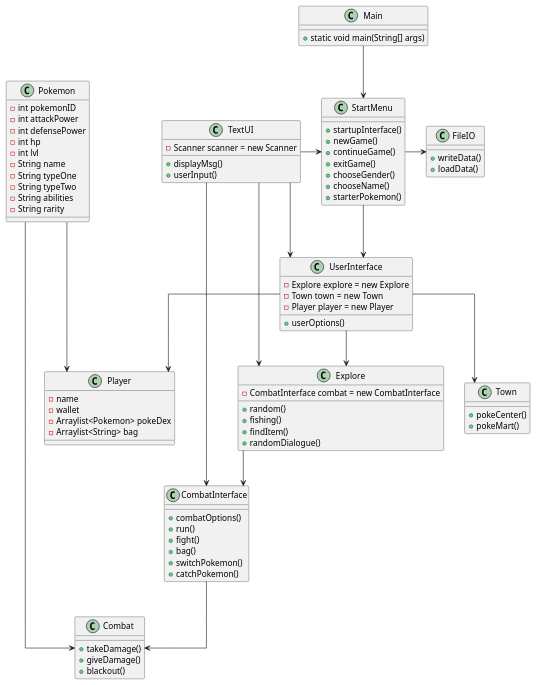
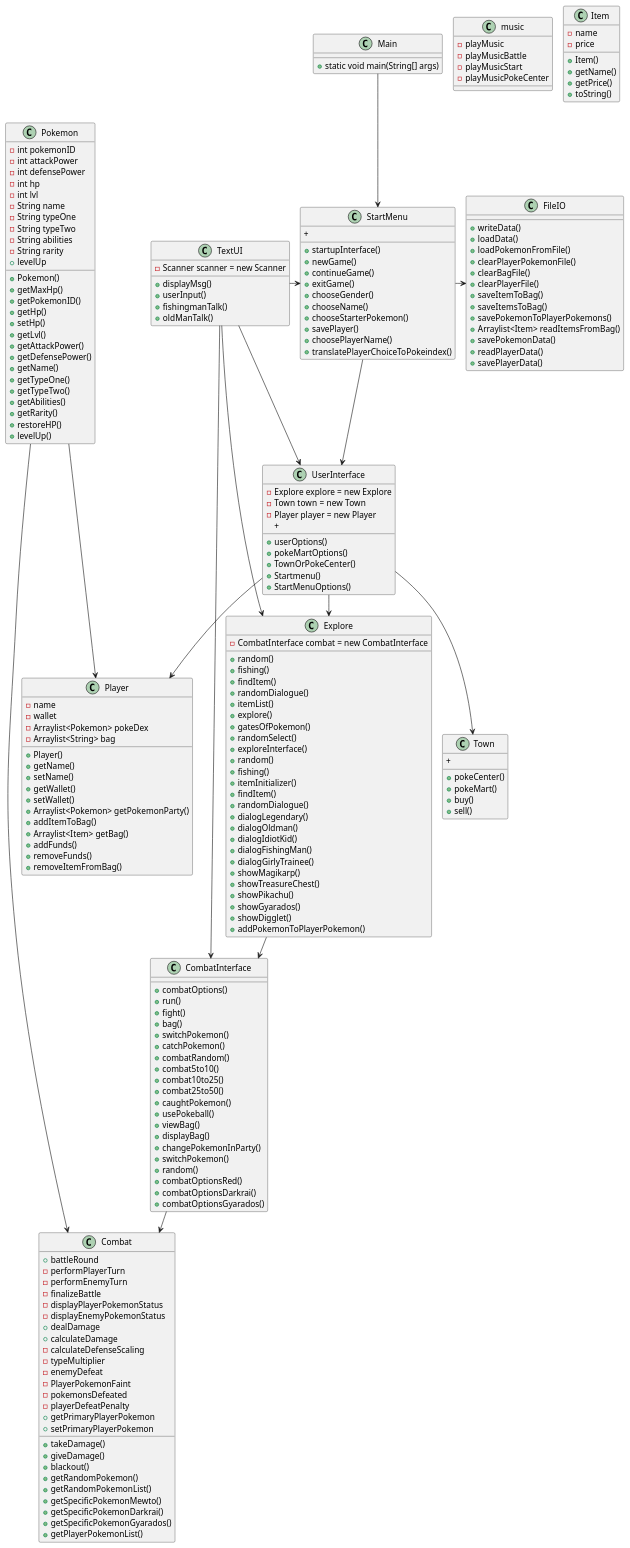
Before and after one commit to Maximitas/ICE: the diagram in Diagrams/ClassDiagram.puml, drawn with PlantUML.

Commit message:
ClassDiagram updated

```diff
--- a/Diagrams/ClassDiagram.puml
+++ b/Diagrams/ClassDiagram.puml
@@ -1,4 +1,5 @@
 @startuml
+!pragma layout smetana
 'https://plantuml.com/class-diagram
 skinparam linetype polyline
 skinparam linetype ortho
@@ -14,7 +15,12 @@
 + exitGame()
 + chooseGender()
 + chooseName()
-+ starterPokemon()
++ chooseStarterPokemon()
++ savePlayer()
++ choosePlayerName()
++ translatePlayerChoiceToPokeindex()
++
+
 }
 
 
@@ -29,12 +35,57 @@
 - String typeTwo
 - String abilities
 - String rarity
++ Pokemon()
++ getMaxHp()
++ getPokemonID()
++ getHp()
++ setHp()
++ getLvl()
++ getAttackPower()
++ getDefensePower()
++ getName()
++ getTypeOne()
++ getTypeTwo()
++ getAbilities()
++ getRarity()
++ restoreHP()
++ levelUp()
++ levelUp
+
+}
+class music{
+- playMusic
+- playMusicBattle
+- playMusicStart
+- playMusicPokeCenter
 }
 
 class Combat{
 + takeDamage()
 + giveDamage()
 + blackout()
++ battleRound
+- performPlayerTurn
+- performEnemyTurn
+- finalizeBattle
+- displayPlayerPokemonStatus
+- displayEnemyPokemonStatus
++ dealDamage
++ calculateDamage
+- calculateDefenseScaling
+- typeMultiplier
+- enemyDefeat
+- PlayerPokemonFaint
+- pokemonsDefeated
+- playerDefeatPenalty
++ getRandomPokemon()
++ getRandomPokemonList()
++ getPrimaryPlayerPokemon
++ setPrimaryPlayerPokemon
++ getSpecificPokemonMewto()
++ getSpecificPokemonDarkrai()
++ getSpecificPokemonGyarados()
++ getPlayerPokemonList()
 }
 
 class CombatInterface{
@@ -44,6 +95,22 @@
 + bag()
 + switchPokemon()
 + catchPokemon()
++ combatRandom()
++ combat5to10()
++ combat10to25()
++ combat25to50()
++ caughtPokemon()
++ usePokeball()
++ viewBag()
++ displayBag()
++ changePokemonInParty()
++ switchPokemon()
++ random()
++ combatOptionsRed()
++ combatOptionsDarkrai()
++ combatOptionsGyarados()
+
+
 
 }
 
@@ -52,6 +119,17 @@
 - wallet
 - Arraylist<Pokemon> pokeDex
 - Arraylist<String> bag
++ Player()
++ getName()
++ setName()
++ getWallet()
++ setWallet()
++ Arraylist<Pokemon> getPokemonParty()
++ addItemToBag()
++ Arraylist<Item> getBag()
++ addFunds()
++ removeFunds()
++ removeItemFromBag()
 
 }
 
@@ -60,11 +138,28 @@
 - Town town = new Town
 - Player player = new Player
 + userOptions()
++ pokeMartOptions()
++ TownOrPokeCenter()
++ Startmenu()
++ StartMenuOptions()
++ 
 }
 
 class Town {
 + pokeCenter()
 + pokeMart()
++ buy()
++ sell()
++
+}
+
+class Item{
+- name
+- price
++ Item()
++ getName()
++ getPrice()
++ toString()
 }
 
 class Explore {
@@ -73,16 +168,51 @@
 + fishing()
 + findItem()
 + randomDialogue()
++ itemList()
++ explore()
++ gatesOfPokemon()
++ randomSelect()
++ exploreInterface()
++ random()
++ fishing()
++ itemInitializer()
++ findItem()
++ randomDialogue()
++ dialogLegendary()
++ dialogOldman()
++ dialogIdiotKid()
++ dialogFishingMan()
++ dialogGirlyTrainee()
++ showMagikarp()
++ showTreasureChest()
++ showPikachu()
++ showGyarados()
++ showDigglet()
++ addPokemonToPlayerPokemon()
 }
 
 class FileIO{
 + writeData()
 + loadData()
++ loadPokemonFromFile()
++ clearPlayerPokemonFile()
++ clearBagFile()
++ clearPlayerFile()
++ saveItemToBag()
++ saveItemsToBag()
++ savePokemonToPlayerPokemons()
++ Arraylist<Item> readItemsFromBag()
++ savePokemonData()
++ readPlayerData()
++ savePlayerData()
 }
 class TextUI{
 - Scanner scanner = new Scanner
 + displayMsg()
 + userInput()
++ fishingmanTalk()
++ oldManTalk()
+
 }
 
 Main --> StartMenu
```
